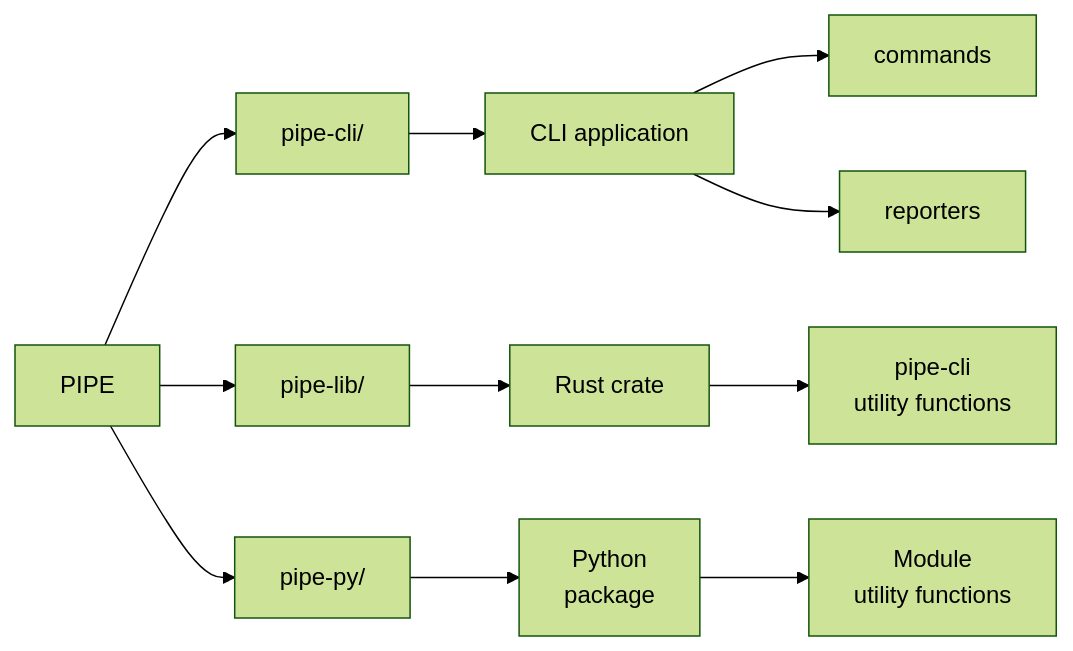
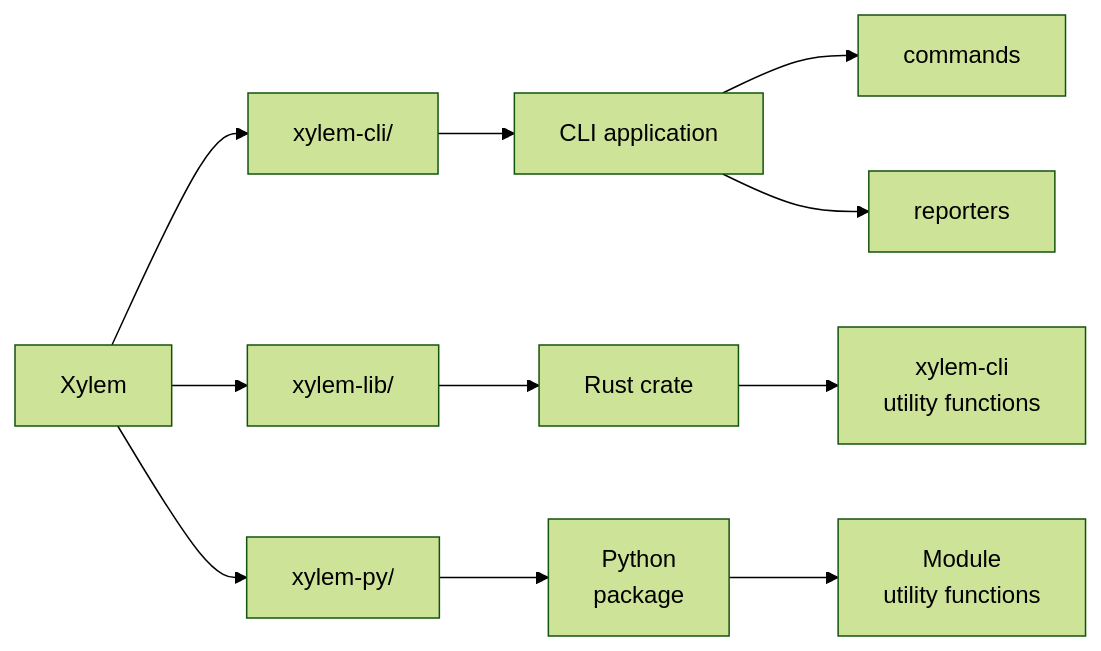
One commit to jhwohlgemuth/xylem changed the diagram in ARCHITECTURE.md. Above: the diagram before and after it, drawn with Mermaid (forest theme). The commit also changed other lines of this file and 36 other files, not shown here.

Commit message:
feat: Rename instances of PIPE to Xylem

````diff
--- a/ARCHITECTURE.md
+++ b/ARCHITECTURE.md
@@ -18,13 +18,13 @@
 ```mermaid
 graph LR
-    a[PIPE] --> b[pipe-cli/]
-    a --> c[pipe-lib/]
-    a --> d[pipe-py/]
+    a[Xylem] --> b[xylem-cli/]
+    a --> c[xylem-lib/]
+    a --> d[xylem-py/]
     b --> e[CLI application]
     c --> f[Rust crate]
     d --> g[Python</br>package]
     e --> h[commands]
     e --> i[reporters]
-    f --> j[pipe-cli</br>utility functions]
+    f --> j[xylem-cli</br>utility functions]
     g --> k[Module</br>utility functions]
 ```
````
